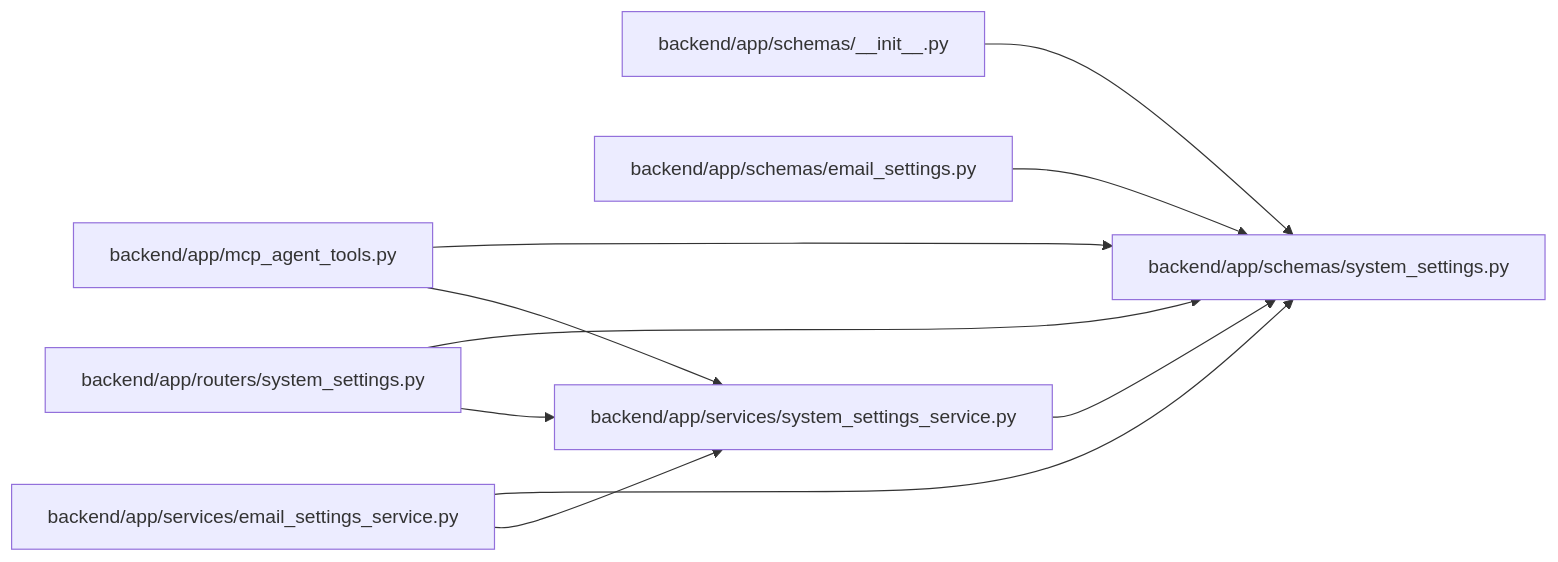
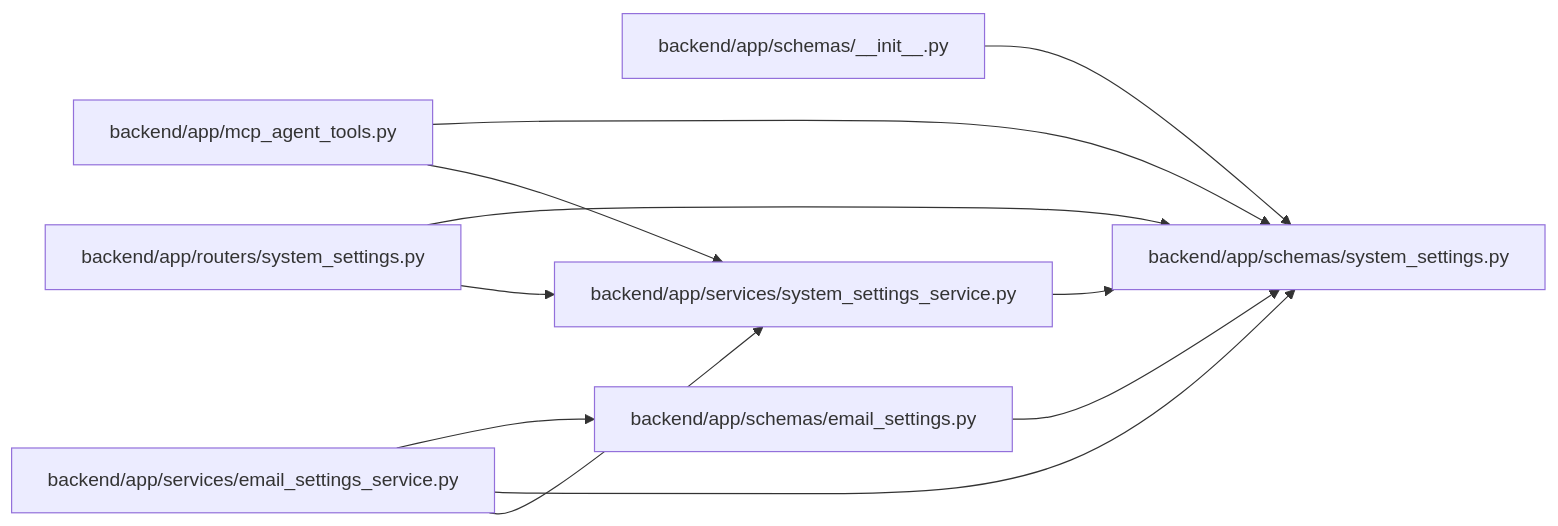
The diagram in docs/llm_wiki/modules/schemas_system_settings.md (Denissvgn/WorkChord), drawn with Mermaid before and after one commit. The commit also changed 25171 other files, not shown here.

````diff
--- a/docs/llm_wiki/modules/schemas_system_settings.md
+++ b/docs/llm_wiki/modules/schemas_system_settings.md
@@ -19,26 +19,27 @@
 ```mermaid
 flowchart LR
     n0["backend/app/mcp_agent_tools.py"]
     n1["backend/app/routers/system_settings.py"]
     n2["backend/app/schemas/__init__.py"]
     n3["backend/app/schemas/email_settings.py"]
     n4["backend/app/schemas/system_settings.py"]
     n5["backend/app/services/email_settings_service.py"]
     n6["backend/app/services/system_settings_service.py"]
     n0 --> n4
     n0 --> n6
     n1 --> n4
     n1 --> n6
     n2 --> n4
     n3 --> n4
+    n5 --> n3
     n5 --> n4
     n5 --> n6
     n6 --> n4
     click n0 "../modules/mcp_agent_tools.md"
     click n1 "../modules/routers_system_settings.md"
     click n2 "../modules/schemas___init__.md"
     click n3 "../modules/schemas_email_settings.md"
     click n4 "../modules/schemas_system_settings.md"
     click n5 "../modules/email_settings_service.md"
     click n6 "../modules/system_settings_service.md"
 ```
````
